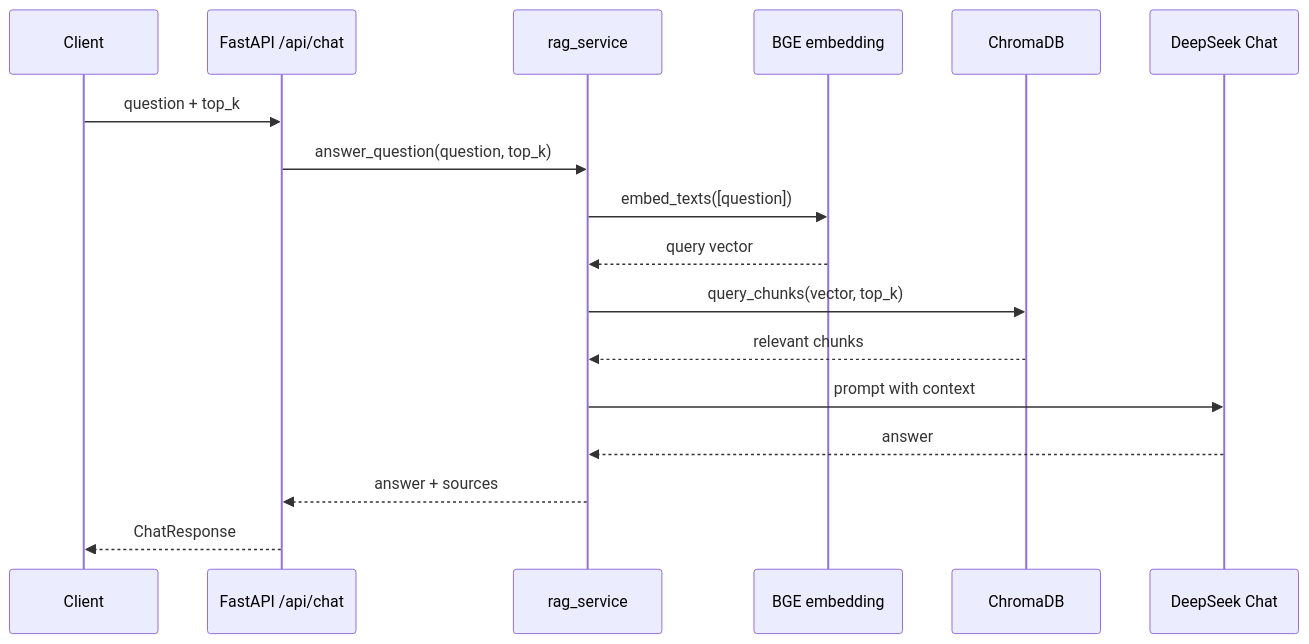
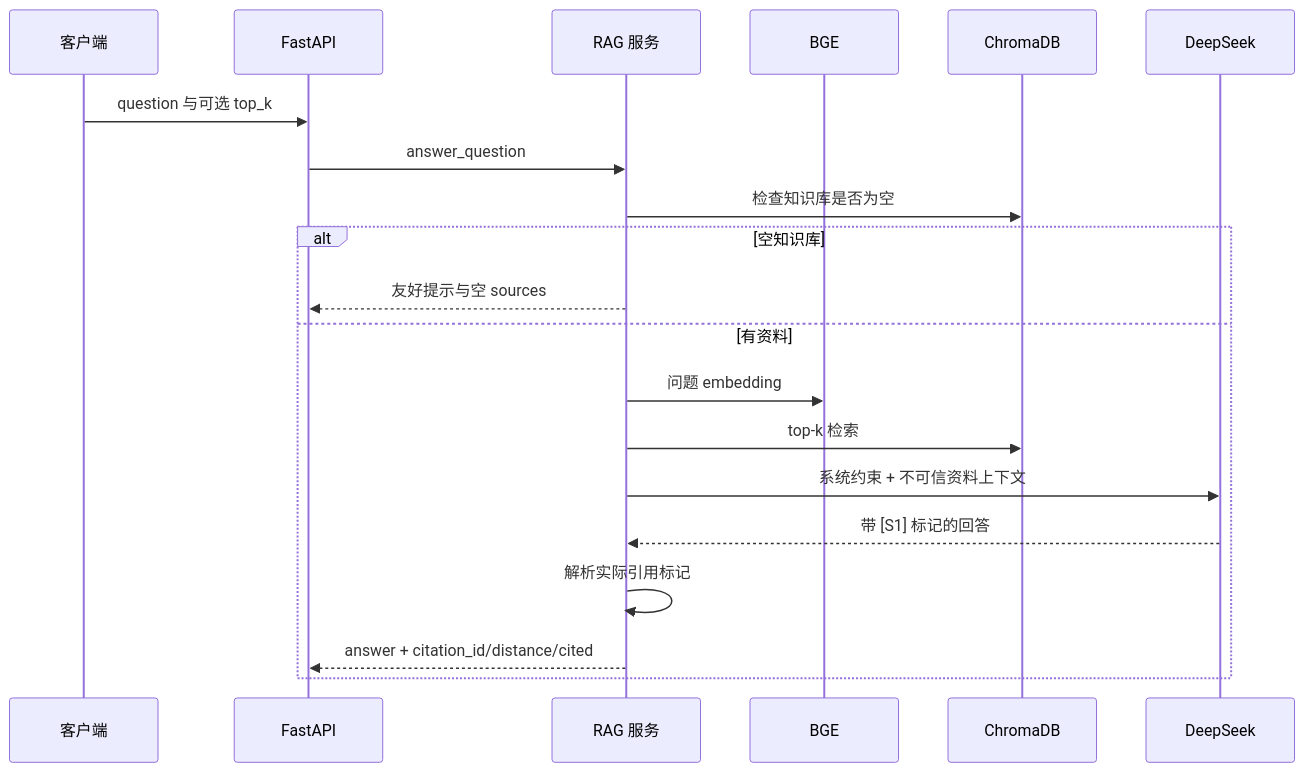
The third of 3 diagrams in docs/architecture.md (raynegao/StudyMate-RAG), drawn with Mermaid before and after one commit. The commit also changed other lines of this file and 11 other files, not shown here.

````diff
--- a/docs/architecture.md
+++ b/docs/architecture.md
@@ -65,20 +62,23 @@
 ```mermaid
 sequenceDiagram
-    participant Client
-    participant API as FastAPI /api/chat
-    participant RAG as rag_service
-    participant Embed as BGE embedding
-    participant Chroma as ChromaDB
-    participant LLM as DeepSeek Chat
+    participant C as 客户端
+    participant A as FastAPI
+    participant R as RAG 服务
+    participant E as BGE
+    participant V as ChromaDB
+    participant L as DeepSeek
 
-    Client->>API: question + top_k
-    API->>RAG: answer_question(question, top_k)
-    RAG->>Embed: embed_texts([question])
-    Embed-->>RAG: query vector
-    RAG->>Chroma: query_chunks(vector, top_k)
-    Chroma-->>RAG: relevant chunks
-    RAG->>LLM: prompt with context
-    LLM-->>RAG: answer
-    RAG-->>API: answer + sources
-    API-->>Client: ChatResponse
+    C->>A: question 与可选 top_k
+    A->>R: answer_question
+    R->>V: 检查知识库是否为空
+    alt 空知识库
+        R-->>A: 友好提示与空 sources
+    else 有资料
+        R->>E: 问题 embedding
+        R->>V: top-k 检索
+        R->>L: 系统约束 + 不可信资料上下文
+        L-->>R: 带 [S1] 标记的回答
+        R->>R: 解析实际引用标记
+        R-->>A: answer + citation_id/distance/cited
+    end
 ```
````
